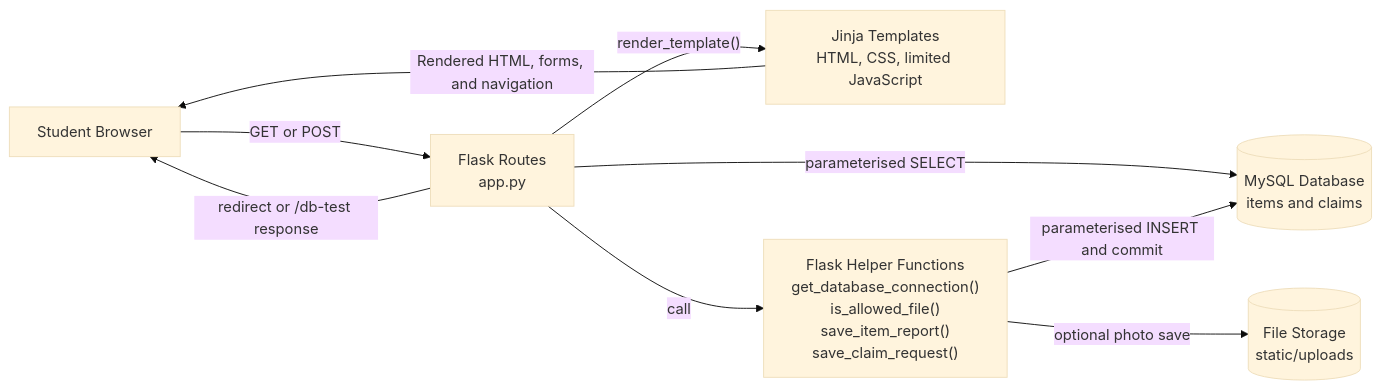
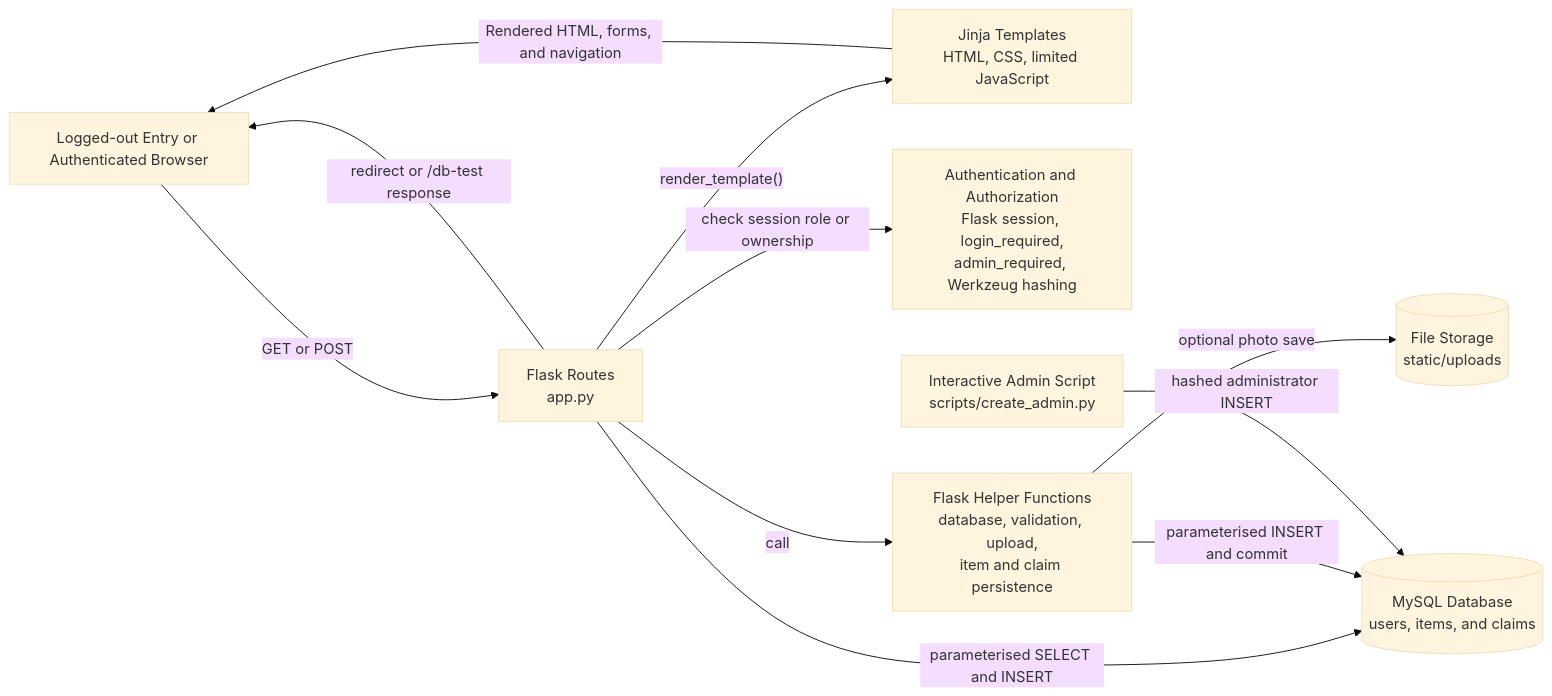
The diagram in docs/design/architecture.md (ZhihaoTang615/campus-lost-and-found-platform), drawn with Mermaid (base theme) before and after one commit. The commit also changed other lines of this file and 40 other files, not shown here.

````diff
--- a/docs/design/architecture.md
+++ b/docs/design/architecture.md
@@ -15,18 +18,22 @@
 ```mermaid
 flowchart LR
-    Browser["Student Browser"]
+    Browser["Logged-out Entry or Authenticated Browser"]
     Templates["Jinja Templates<br/>HTML, CSS, limited JavaScript"]
     Routes["Flask Routes<br/>app.py"]
-    Helpers["Flask Helper Functions<br/>get_database_connection()<br/>is_allowed_file()<br/>save_item_report()<br/>save_claim_request()"]
-    Database[("MySQL Database<br/>items and claims")]
+    Auth["Authentication and Authorization<br/>Flask session, login_required,<br/>admin_required, Werkzeug hashing"]
+    Helpers["Flask Helper Functions<br/>database, validation, upload,<br/>item and claim persistence"]
+    Database[("MySQL Database<br/>users, items, and claims")]
     Uploads[("File Storage<br/>static/uploads")]
+    AdminScript["Interactive Admin Script<br/>scripts/create_admin.py"]
 
     Browser -->|"GET or POST"| Routes
     Routes -->|"render_template()"| Templates
     Templates -->|"Rendered HTML, forms, and navigation"| Browser
+    Routes -->|"check session role or ownership"| Auth
     Routes -->|"call"| Helpers
-    Routes -->|"parameterised SELECT"| Database
+    Routes -->|"parameterised SELECT and INSERT"| Database
     Helpers -->|"parameterised INSERT and commit"| Database
     Helpers -->|"optional photo save"| Uploads
+    AdminScript -->|"hashed administrator INSERT"| Database
     Routes -->|"redirect or /db-test response"| Browser
 ```
````
